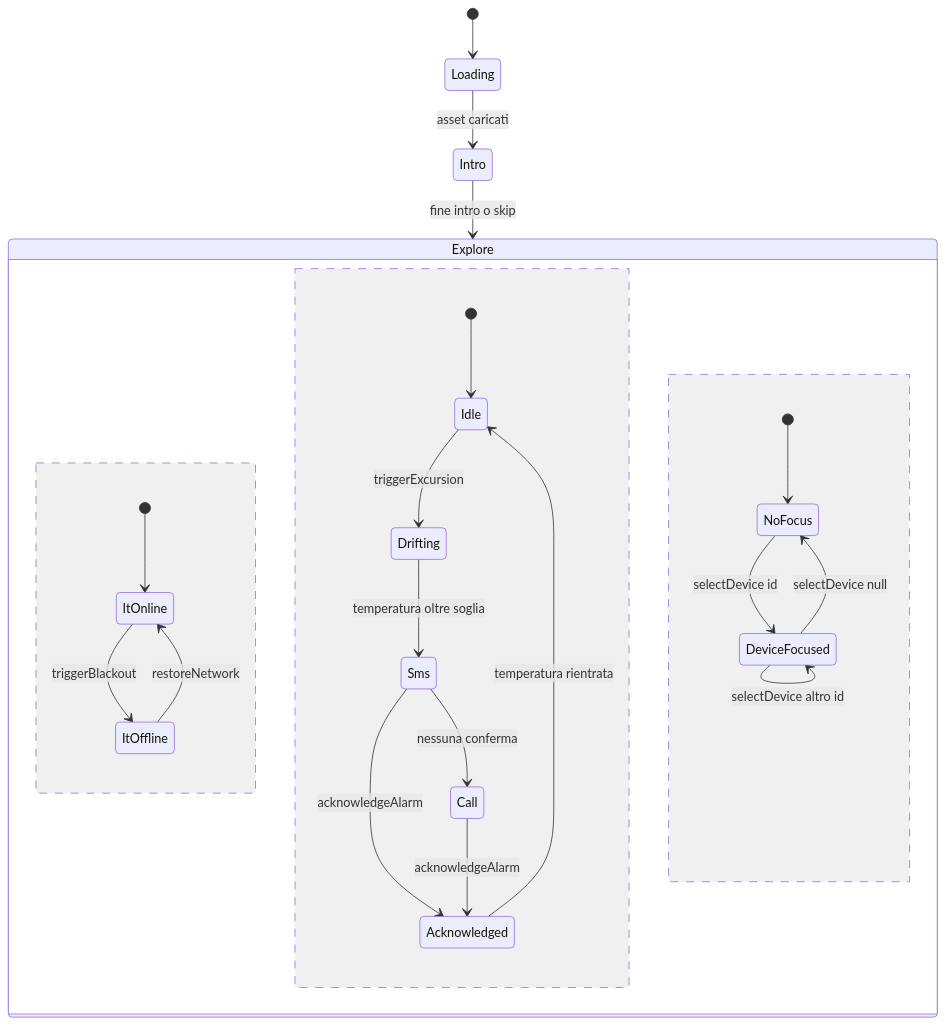
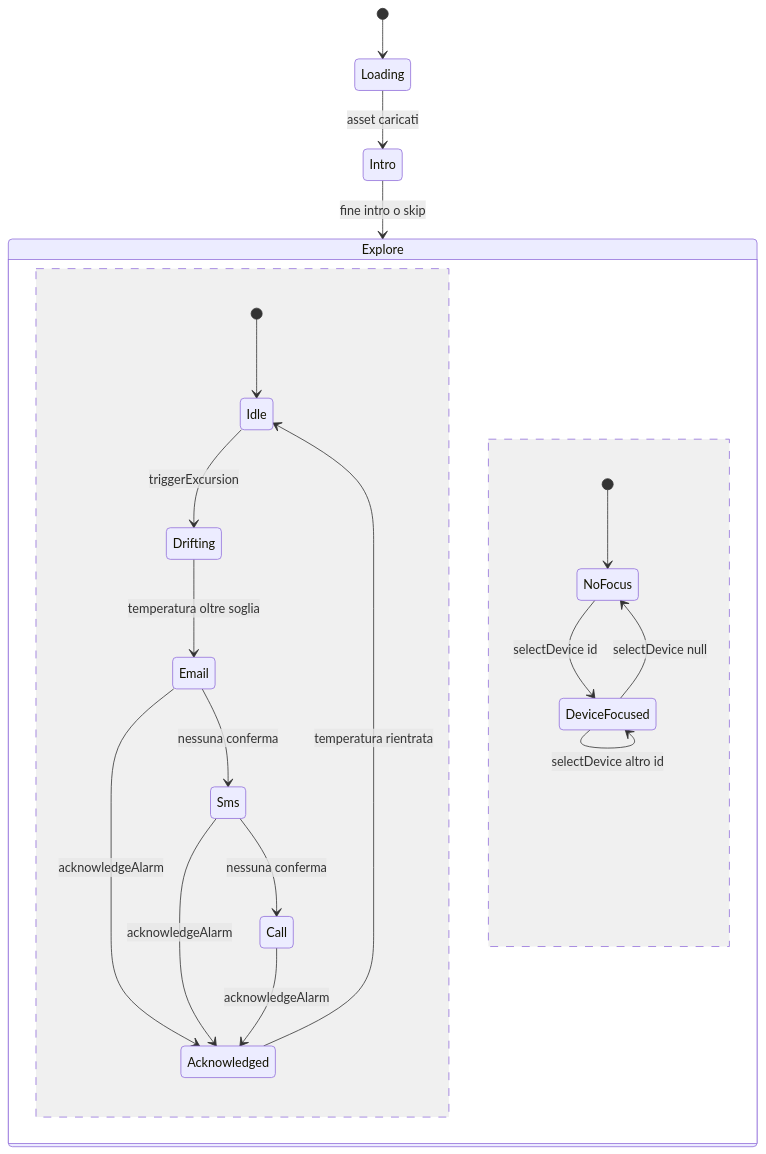
The diagram in README.md (GiuseppePuleri/ccoob.github.io), drawn with Mermaid before and after one commit. The commit also changed other lines of this file and 33 other files, not shown here.

````diff
--- a/README.md
+++ b/README.md
@@ -173,25 +171,23 @@
 ```mermaid
 stateDiagram-v2
     [*] --> Loading
     Loading --> Intro: asset caricati
     Intro --> Explore: fine intro o skip
 
     state Explore {
-        [*] --> ItOnline
-        ItOnline --> ItOffline: triggerBlackout
-        ItOffline --> ItOnline: restoreNetwork
-        --
         [*] --> Idle
         Idle --> Drifting: triggerExcursion
-        Drifting --> Sms: temperatura oltre soglia
+        Drifting --> Email: temperatura oltre soglia
+        Email --> Sms: nessuna conferma
         Sms --> Call: nessuna conferma
+        Email --> Acknowledged: acknowledgeAlarm
         Sms --> Acknowledged: acknowledgeAlarm
         Call --> Acknowledged: acknowledgeAlarm
         Acknowledged --> Idle: temperatura rientrata
         --
         [*] --> NoFocus
         NoFocus --> DeviceFocused: selectDevice id
         DeviceFocused --> DeviceFocused: selectDevice altro id
         DeviceFocused --> NoFocus: selectDevice null
     }
 ```
````
